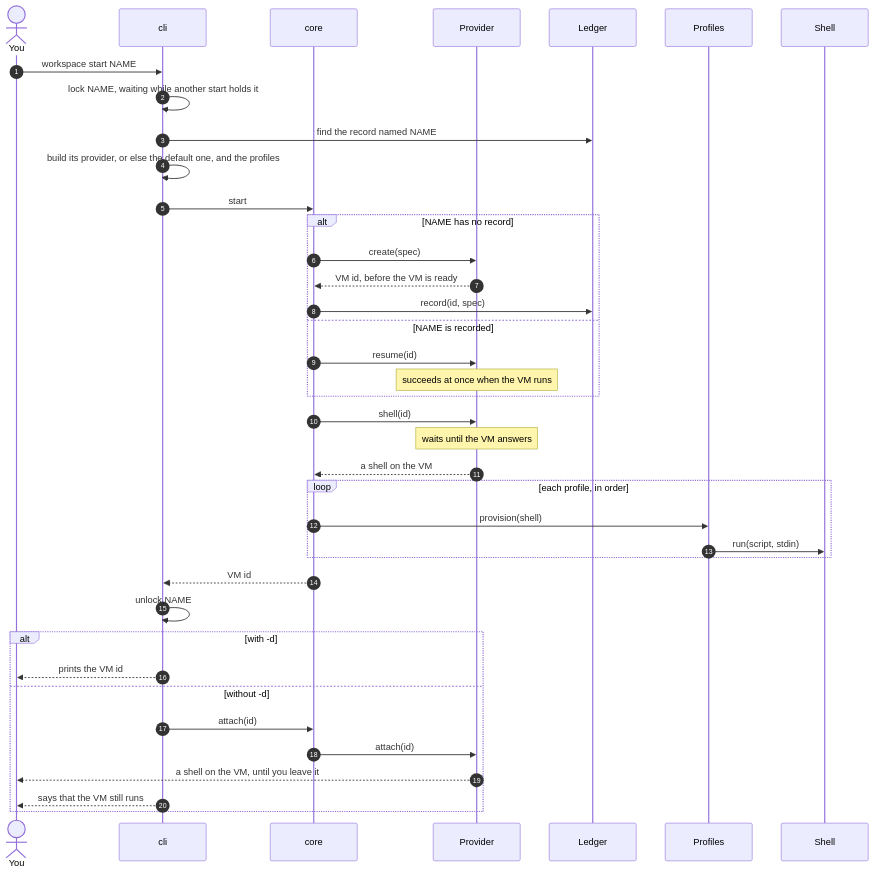
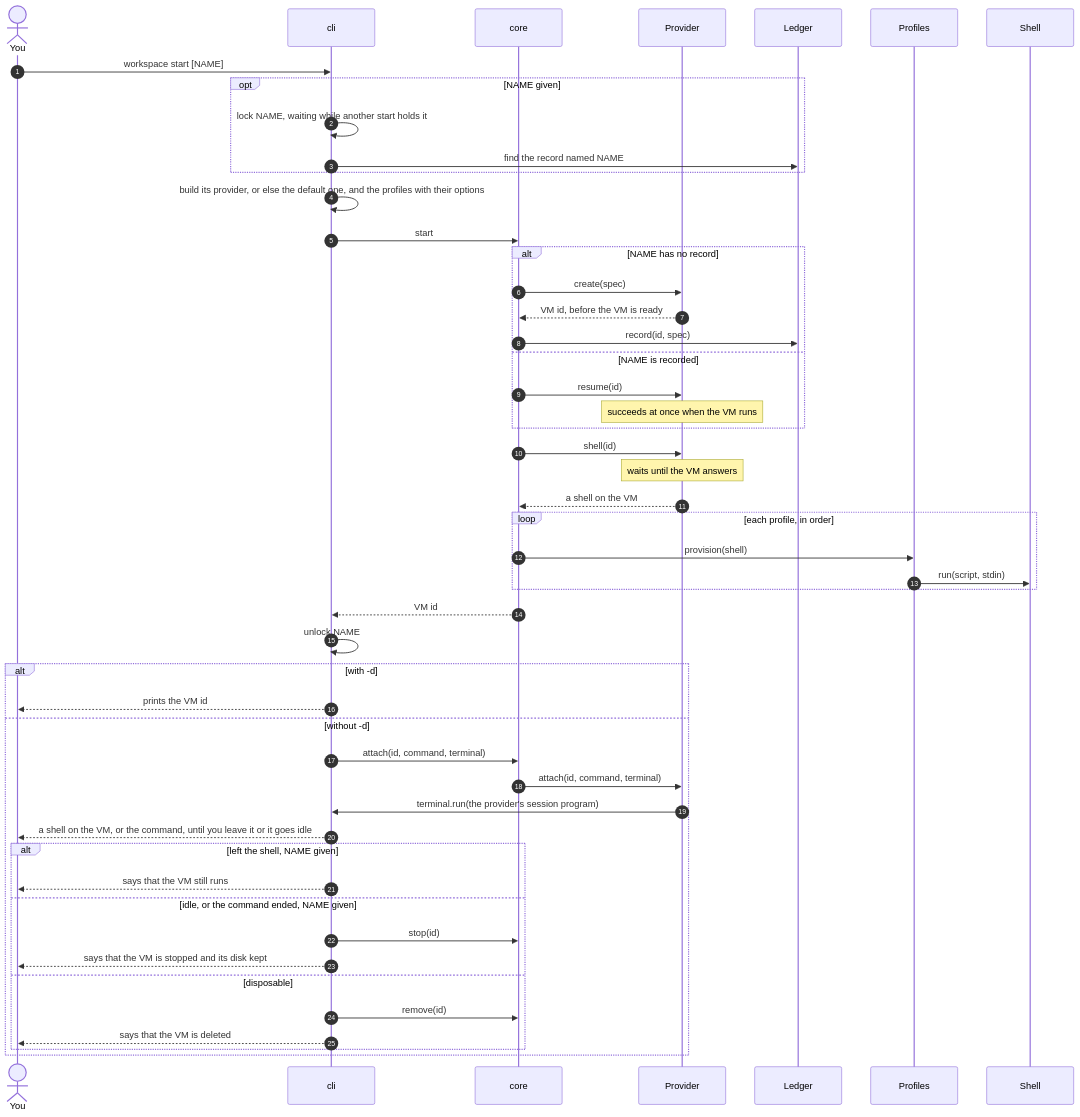
The third of 7 diagrams in docs/architecture.md (NextNodeSolutions/workspace), drawn with Mermaid before and after one commit. The commit also changed other lines of this file and 48 other files, not shown here.

First line of the commit message:
feat: Pi and Claude Code profiles, disposable VMs by default, snapshots as images (#6)

````diff
--- a/docs/architecture.md
+++ b/docs/architecture.md
@@ -63,41 +64,52 @@
 ```mermaid
 sequenceDiagram
     autonumber
     actor You
     participant CLI as cli
     participant Core as core
     participant P as Provider
     participant L as Ledger
     participant Pr as Profiles
     participant S as Shell
-    You->>CLI: workspace start NAME
-    CLI->>CLI: lock NAME, waiting while another start holds it
-    CLI->>L: find the record named NAME
-    CLI->>CLI: build its provider, or else the default one, and the profiles
+    You->>CLI: workspace start [NAME]
+    opt NAME given
+        CLI->>CLI: lock NAME, waiting while another start holds it
+        CLI->>L: find the record named NAME
+    end
+    CLI->>CLI: build its provider, or else the default one, and the profiles with their options
     CLI->>Core: start
     alt NAME has no record
         Core->>P: create(spec)
         P-->>Core: VM id, before the VM is ready
         Core->>L: record(id, spec)
     else NAME is recorded
         Core->>P: resume(id)
         Note over P: succeeds at once when the VM runs
     end
     Core->>P: shell(id)
     Note over P: waits until the VM answers
     P-->>Core: a shell on the VM
     loop each profile, in order
         Core->>Pr: provision(shell)
         Pr->>S: run(script, stdin)
     end
     Core-->>CLI: VM id
     CLI->>CLI: unlock NAME
     alt with -d
         CLI-->>You: prints the VM id
     else without -d
-        CLI->>Core: attach(id)
-        Core->>P: attach(id)
-        P-->>You: a shell on the VM, until you leave it
-        CLI-->>You: says that the VM still runs
+        CLI->>Core: attach(id, command, terminal)
+        Core->>P: attach(id, command, terminal)
+        P->>CLI: terminal.run(the provider's session program)
+        CLI-->>You: a shell on the VM, or the command, until you leave it or it goes idle
+        alt left the shell, NAME given
+            CLI-->>You: says that the VM still runs
+        else idle, or the command ended, NAME given
+            CLI->>Core: stop(id)
+            CLI-->>You: says that the VM is stopped and its disk kept
+        else disposable
+            CLI->>Core: remove(id)
+            CLI-->>You: says that the VM is deleted
+        end
     end
 ```
````
